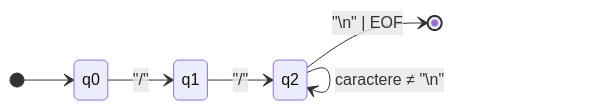
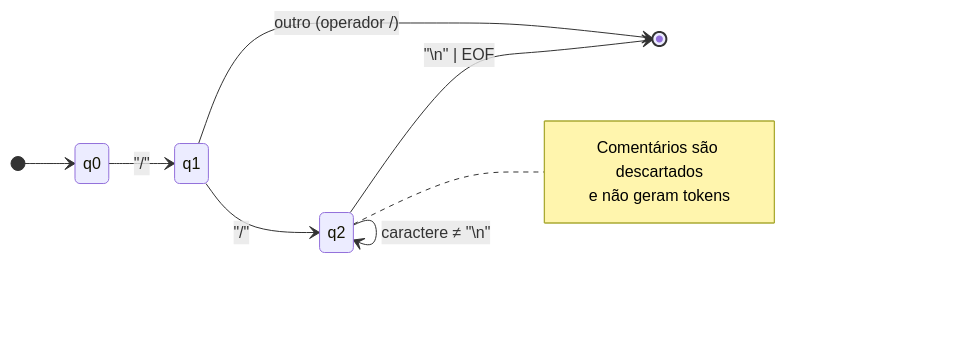
Before and after one commit to joaoLopesLenharo/compilador-pilang: the seventh of 8 diagrams in README.md, drawn with Mermaid. The commit also changed other lines of this file and 14 other files, not shown here.

````diff
--- a/README.md
+++ b/README.md
@@ -232,9 +299,14 @@
 ```mermaid
 stateDiagram-v2
     direction LR
     [*] --> q0
     q0 --> q1: "/"
     q1 --> q2: "/"
+    q1 --> [*]: outro (operador /)
     q2 --> q2: caractere ≠ "\n"
     q2 --> [*]: "\n" | EOF
+    note right of q2
+        Comentários são descartados
+        e não geram tokens
+    end note
 ```
````
